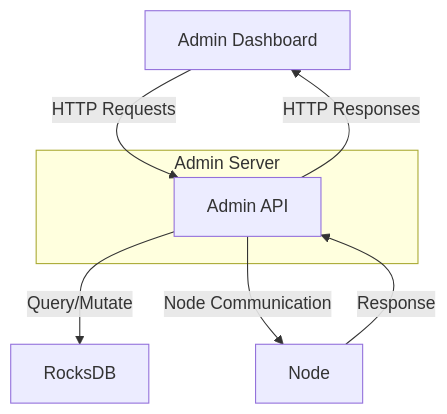
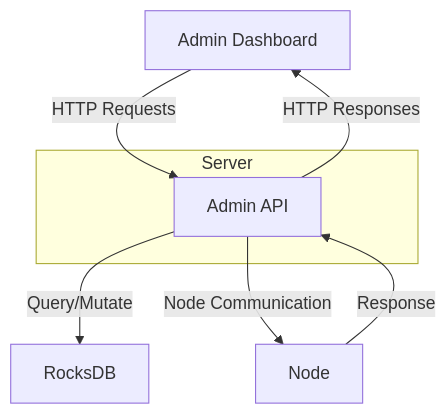
Before and after one commit to calimero-network/core: the first of 3 diagrams in crates/server/README.md, drawn with Mermaid. The commit also changed other lines of this file, not shown here.

````diff
--- a/crates/server/README.md
+++ b/crates/server/README.md
@@ -81,12 +81,12 @@
 ```mermaid
 flowchart TD
     A[Admin Dashboard] -->|HTTP Requests| B[Admin API]
     B -->|HTTP Responses| A
     B -->|Query/Mutate| C[RocksDB]
     B -->|Node Communication| D[Node]
     D -->|Response| B
 
-    subgraph Admin Server
+    subgraph Server
         B
     end
 ```
````
